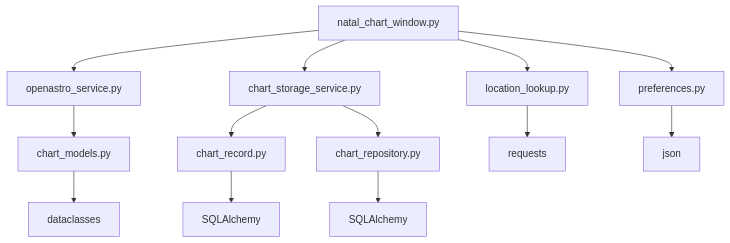
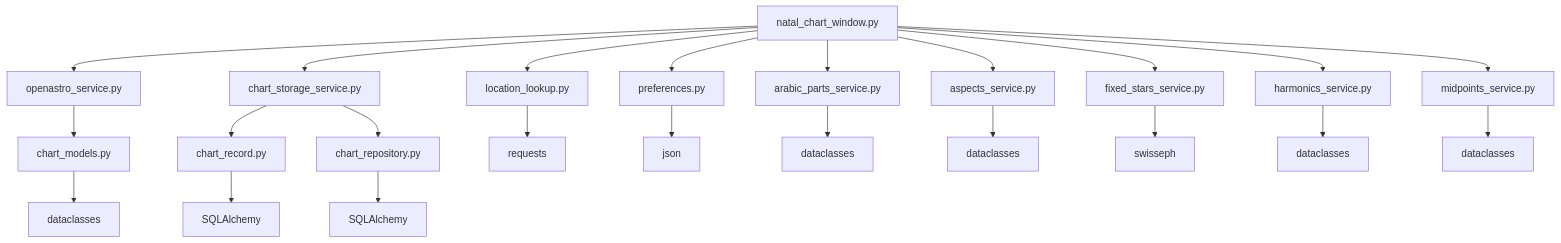
Before and after one commit to TheDaniel166/IsopGem: diagram 16 of 16 in .qoder/repowiki/en/content/Architecture Overview/Pillar-Based Architecture/Astrology Pillar/Natal Charts.md, drawn with Mermaid. The commit also changed other lines of this file and 36 other files, not shown here.

````diff
--- a/.qoder/repowiki/en/content/Architecture Overview/Pillar-Based Architecture/Astrology Pillar/Natal Charts.md
+++ b/.qoder/repowiki/en/content/Architecture Overview/Pillar-Based Architecture/Astrology Pillar/Natal Charts.md
@@ -469,15 +672,25 @@
 ```mermaid
 graph TD
 A[natal_chart_window.py] --> B[openastro_service.py]
 A --> C[chart_storage_service.py]
 A --> D[location_lookup.py]
 A --> E[preferences.py]
-B --> F[chart_models.py]
-C --> G[chart_record.py]
-C --> H[chart_repository.py]
-D --> I[requests]
-E --> J[json]
-F --> K[dataclasses]
-G --> L[SQLAlchemy]
-H --> M[SQLAlchemy]
+A --> F[arabic_parts_service.py]
+A --> G[aspects_service.py]
+A --> H[fixed_stars_service.py]
+A --> I[harmonics_service.py]
+A --> J[midpoints_service.py]
+B --> K[chart_models.py]
+C --> L[chart_record.py]
+C --> M[chart_repository.py]
+D --> N[requests]
+E --> O[json]
+F --> P[dataclasses]
+G --> Q[dataclasses]
+H --> R[swisseph]
+I --> S[dataclasses]
+J --> T[dataclasses]
+K --> U[dataclasses]
+L --> V[SQLAlchemy]
+M --> W[SQLAlchemy]
 ```
````
